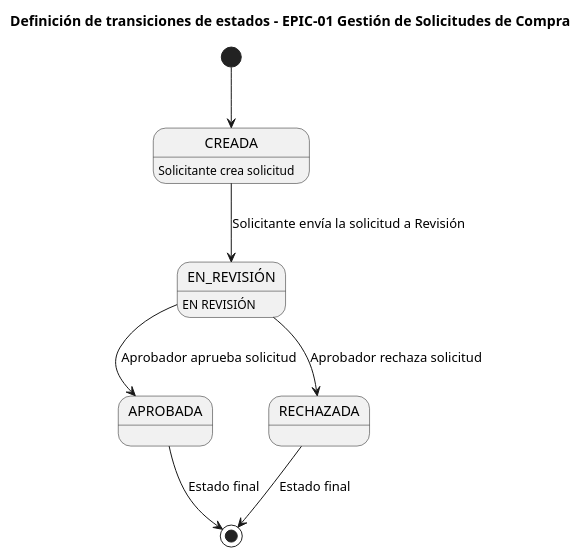
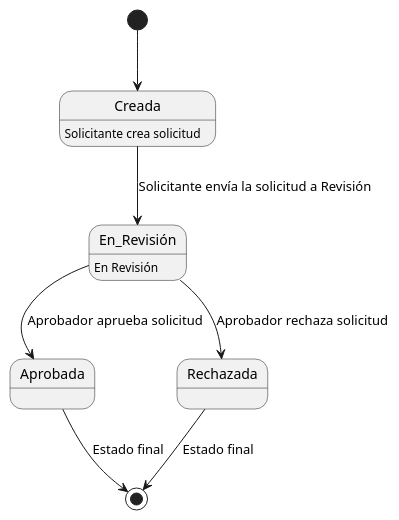
One commit to Eileen0205/mvp-sap-mm-next changed the diagram in DOCS/MODELO-DOMINIO/Flujo_Estados.puml. Above: the diagram before and after it, drawn with PlantUML. The commit also changed 8 other files, not shown here.

```diff
--- a/DOCS/MODELO-DOMINIO/Flujo_Estados.puml
+++ b/DOCS/MODELO-DOMINIO/Flujo_Estados.puml
@@ -2,11 +1,17 @@
 @startuml
-title Definición de transiciones de estados - EPIC-01 Gestión de Solicitudes de Compra
-[*] --> CREADA
-CREADA : Solicitante crea solicitud
-CREADA --> EN_REVISIÓN : Solicitante envía la solicitud a Revisión
-EN_REVISIÓN : EN REVISIÓN
-EN_REVISIÓN --> APROBADA : Aprobador aprueba solicitud
-EN_REVISIÓN --> RECHAZADA : Aprobador rechaza solicitud
-APROBADA --> [*] : Estado final
-RECHAZADA --> [*] : Estado final
+skinparam state {
+  BackgroundColor<<Initial>> SkyBlue
+  BackgroundColor<<Process>> Wheat
+  BackgroundColor<<Final>> LightGreen
+  BackgroundColor<<Rejected>> LightCoral
+}
+
+[*] --> Creada
+Creada : Solicitante crea solicitud
+Creada --> En_Revisión : Solicitante envía la solicitud a Revisión
+En_Revisión : En Revisión
+En_Revisión --> Aprobada : Aprobador aprueba solicitud
+En_Revisión --> Rechazada : Aprobador rechaza solicitud
+Aprobada --> [*] : Estado final
+Rechazada --> [*] : Estado final
 @enduml
```
